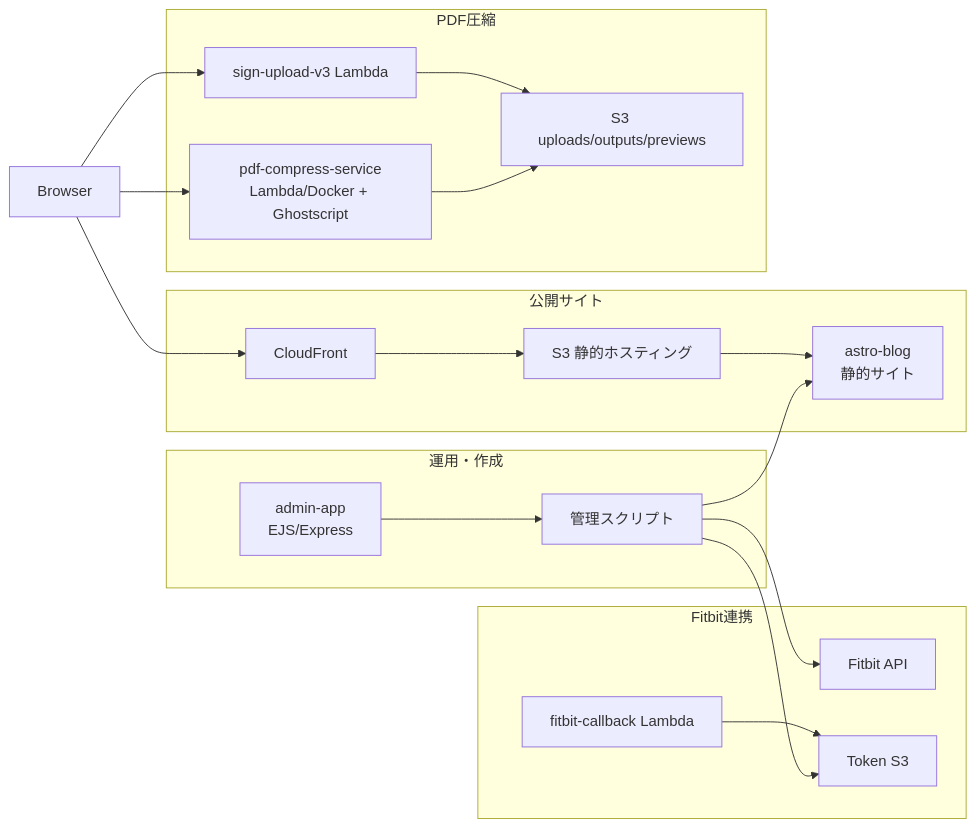
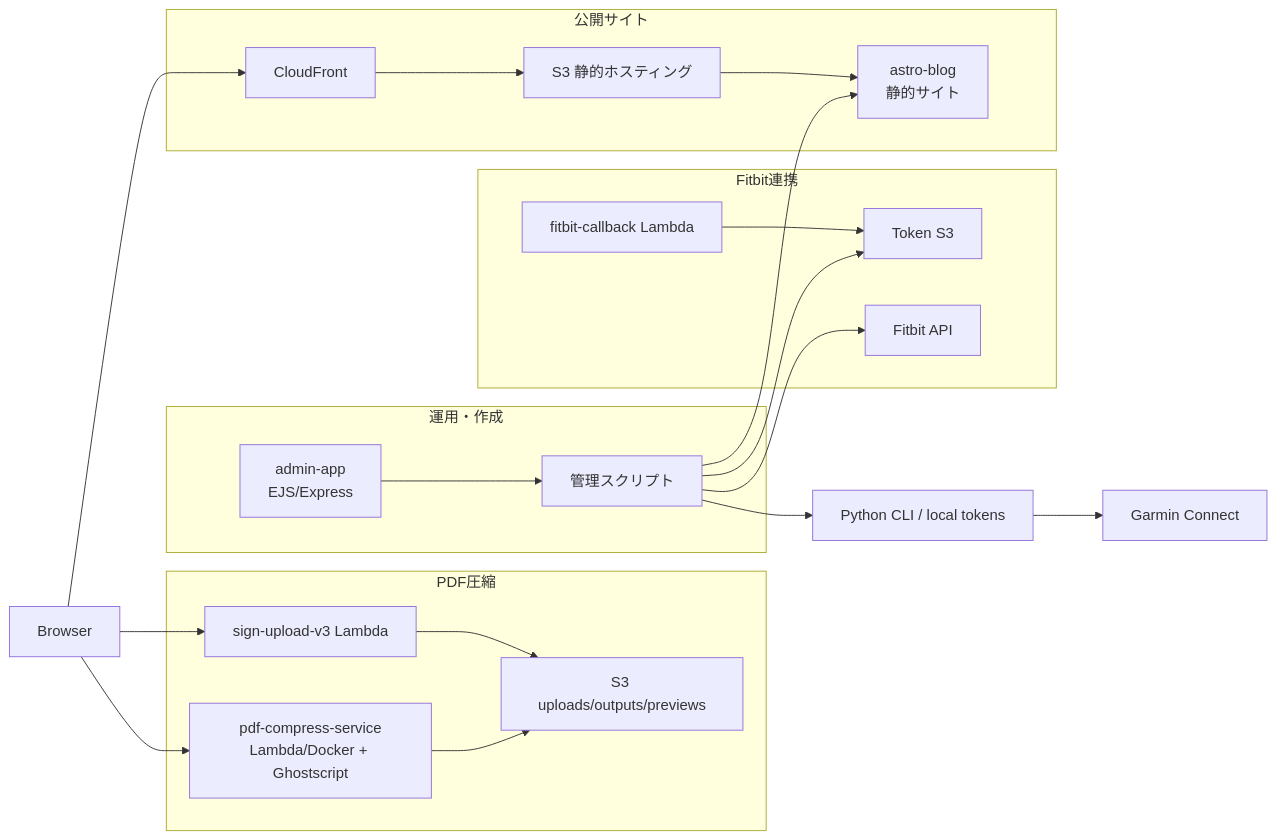
The first of 3 diagrams in docs/architecture.md (subaru44k/running_blog_from_scrach), drawn with Mermaid before and after one commit. The commit also changed other lines of this file and 21 other files, not shown here.

````diff
--- a/docs/architecture.md
+++ b/docs/architecture.md
@@ -10,33 +10,37 @@
 ```mermaid
 flowchart LR
   subgraph Public[公開サイト]
     Astro["astro-blog<br/>静的サイト"]
     CF[CloudFront]
     S3Site[S3 静的ホスティング]
   end
 
   subgraph Admin[運用・作成]
     AdminApp["admin-app<br/>EJS/Express"]
     Scripts[管理スクリプト]
   end
 
   subgraph Fitbit[Fitbit連携]
     FitbitAPI[Fitbit API]
     Callback[fitbit-callback Lambda]
     TokenS3[Token S3]
   end
 
+  GarminAPI[Garmin Connect]
+  GarminLocal[Python CLI / local tokens]
+
   subgraph PDF[PDF圧縮]
     Sign[sign-upload-v3 Lambda]
     Compress["pdf-compress-service<br/>Lambda/Docker + Ghostscript"]
     UploadS3[S3 uploads/outputs/previews]
   end
 
   User[Browser] --> CF --> S3Site --> Astro
   AdminApp --> Scripts --> Astro
   User --> Sign --> UploadS3
   User --> Compress --> UploadS3
   Callback --> TokenS3
   Scripts --> TokenS3
   Scripts --> FitbitAPI
+  Scripts --> GarminLocal --> GarminAPI
 ```
````
